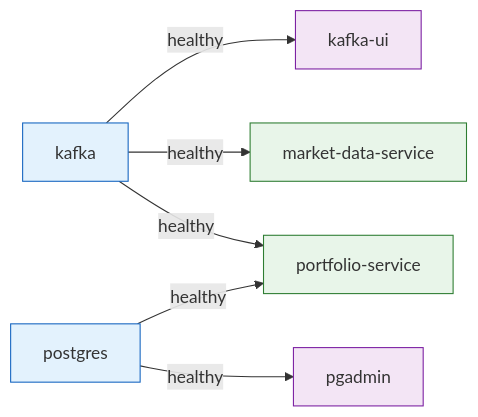
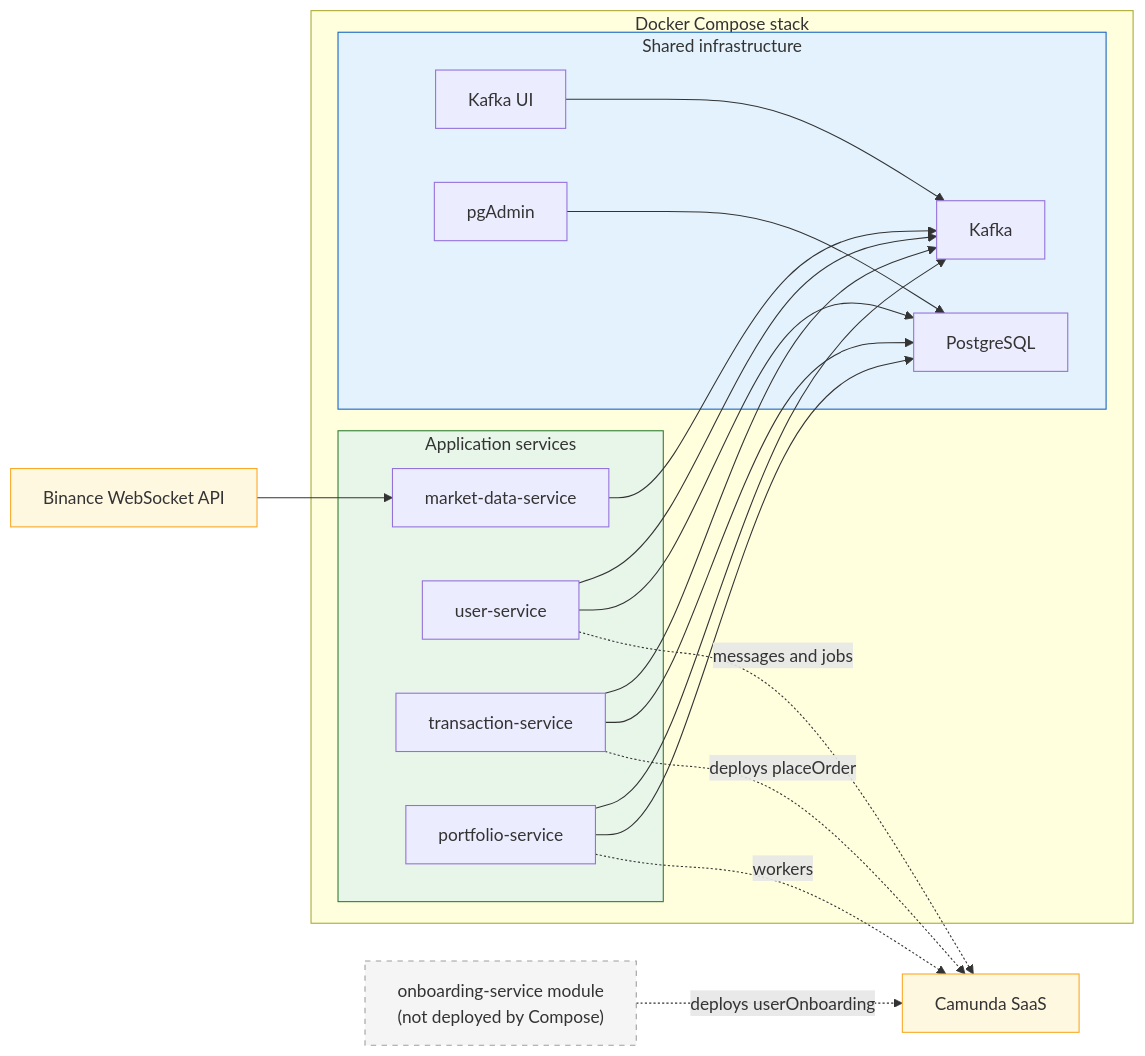
The diagram in docs/diagrams/deployment-diagram.md (cyrilgabriele/EDPO-Project-HS26), drawn with Mermaid before and after one commit. The commit also changed other lines of this file and 46 other files, not shown here.

````diff
--- a/docs/diagrams/deployment-diagram.md
+++ b/docs/diagrams/deployment-diagram.md
@@ -66,15 +3,46 @@
 ```mermaid
 graph LR
-    A["kafka<br/>"] -->|healthy| B["kafka-ui"]
-    A -->|healthy| E["market-data-service"]
-    A -->|healthy| F["portfolio-service"]
-    C["postgres"] -->|healthy| D["pgadmin"]
-    C -->|healthy| F
+    subgraph compose["Docker Compose stack"]
+        subgraph services["Application services"]
+            mds["market-data-service"]
+            us["user-service"]
+            ts["transaction-service"]
+            ps["portfolio-service"]
+        end
 
-    style A fill:#e3f2fd,stroke:#1565c0
-    style C fill:#e3f2fd,stroke:#1565c0
-    style B fill:#f3e5f5,stroke:#7b1fa2
-    style D fill:#f3e5f5,stroke:#7b1fa2
-    style E fill:#e8f5e9,stroke:#2e7d32
-    style F fill:#e8f5e9,stroke:#2e7d32
+        subgraph infra["Shared infrastructure"]
+            kafka["Kafka"]
+            postgres["PostgreSQL"]
+            kafkaui["Kafka UI"]
+            pgadmin["pgAdmin"]
+        end
+    end
+
+    binance["Binance WebSocket API"]
+    camunda["Camunda SaaS"]
+    onboarding["onboarding-service module<br/>(not deployed by Compose)"]
+
+    binance --> mds
+    mds --> kafka
+    us --> kafka
+    ts --> kafka
+    ps --> kafka
+
+    us --> postgres
+    ts --> postgres
+    ps --> postgres
+
+    kafkaui --> kafka
+    pgadmin --> postgres
+
+    onboarding -.->|"deploys userOnboarding"| camunda
+    ts -.->|"deploys placeOrder"| camunda
+    us -.->|"messages and jobs"| camunda
+    ps -.->|"workers"| camunda
+
+    style infra fill:#e3f2fd,stroke:#1565c0
+    style services fill:#e8f5e9,stroke:#2e7d32
+    style binance fill:#fff8e1,stroke:#f9a825
+    style camunda fill:#fff8e1,stroke:#f9a825
+    style onboarding fill:#f5f5f5,stroke:#9e9e9e,stroke-dasharray: 5 5
 ```
````
